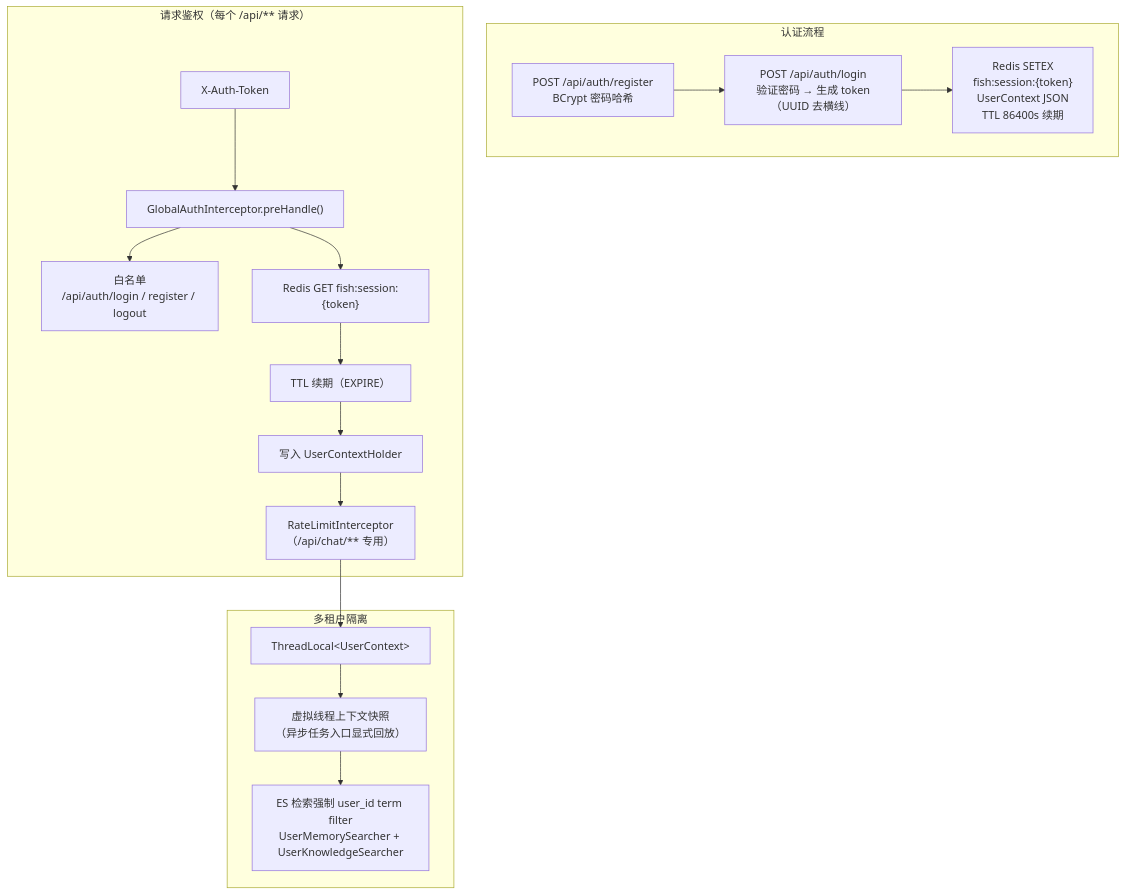
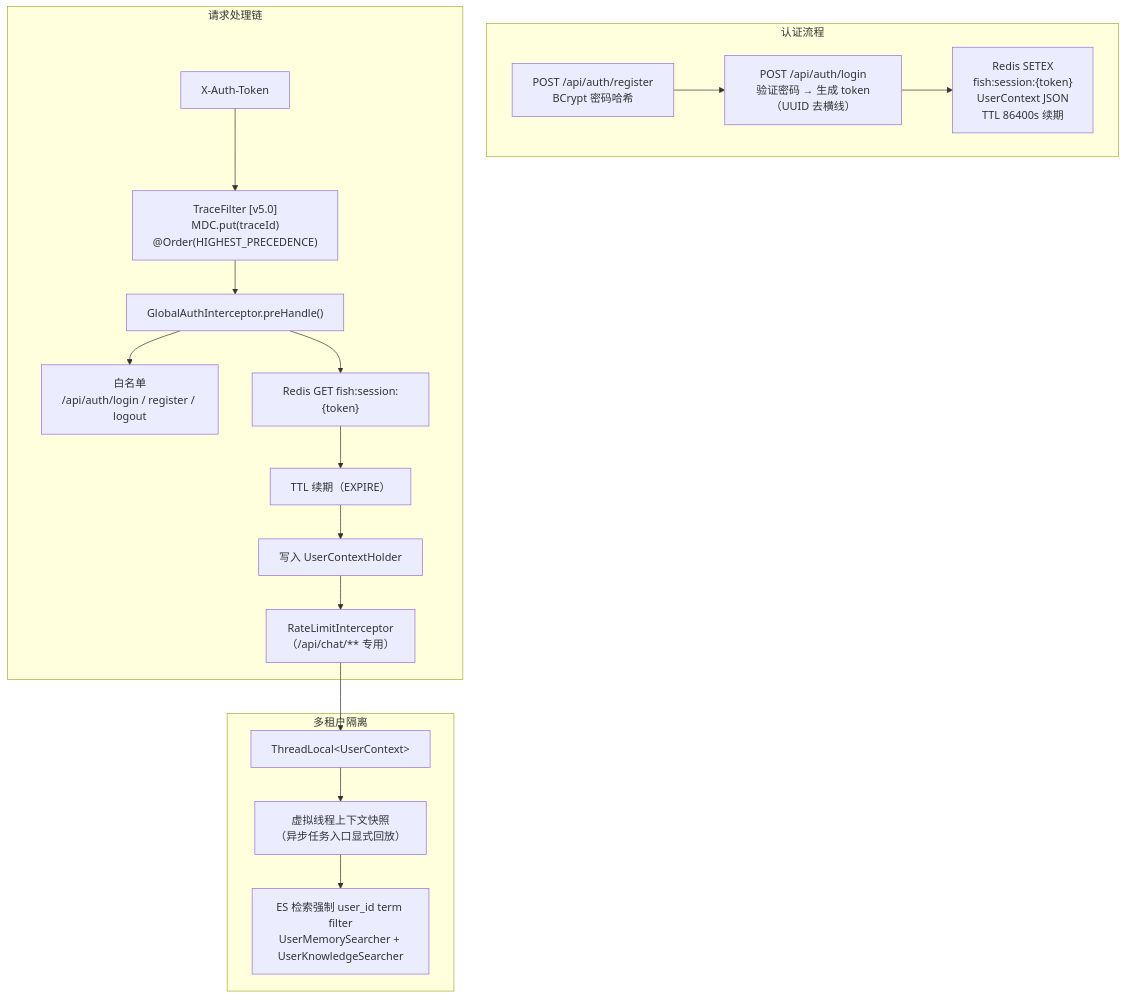
Before and after one commit to Yuyu123fish/Fish-Agent: the first of 2 diagrams in document/模块要点/模块6-认证与多租户.md, drawn with Mermaid. The commit also changed other lines of this file and 15270 other files, not shown here.

````diff
--- a/document/模块要点/模块6-认证与多租户.md
+++ b/document/模块要点/模块6-认证与多租户.md
@@ -11,31 +11,32 @@
 ```mermaid
 flowchart TB
     subgraph Auth["认证流程"]
         Register["POST /api/auth/register<br/>BCrypt 密码哈希"]
         Login["POST /api/auth/login<br/>验证密码 → 生成 token（UUID 去横线）"]
         Session["Redis SETEX<br/>fish:session:{token}<br/>UserContext JSON<br/>TTL 86400s 续期"]
     end
 
-    subgraph Intercept["请求鉴权（每个 /api/** 请求）"]
+    subgraph Intercept["请求处理链"]
+        TraceF["TraceFilter [v5.0]<br/>MDC.put(traceId)<br/>@Order(HIGHEST_PRECEDENCE)"]
         Header["X-Auth-Token"]
         WhiteList["白名单<br/>/api/auth/login / register / logout"]
         AuthInt["GlobalAuthInterceptor.preHandle()"]
         RedisCheck["Redis GET fish:session:{token}"]
         Renew["TTL 续期（EXPIRE）"]
         UC["写入 UserContextHolder"]
         RateLimitInt["RateLimitInterceptor<br/>（/api/chat/** 专用）"]
     end
 
     subgraph Tenant["多租户隔离"]
         ThreadLocal["ThreadLocal&lt;UserContext&gt;"]
         Snapshot["虚拟线程上下文快照<br/>（异步任务入口显式回放）"]
         ES_Filter["ES 检索强制 user_id term filter<br/>UserMemorySearcher + UserKnowledgeSearcher"]
     end
 
     Register --> Login --> Session
-    Header --> AuthInt
+    Header --> TraceF --> AuthInt
     AuthInt --> WhiteList
     AuthInt --> RedisCheck --> Renew --> UC
     UC --> RateLimitInt --> ThreadLocal
     ThreadLocal --> Snapshot --> ES_Filter
 ```
````
